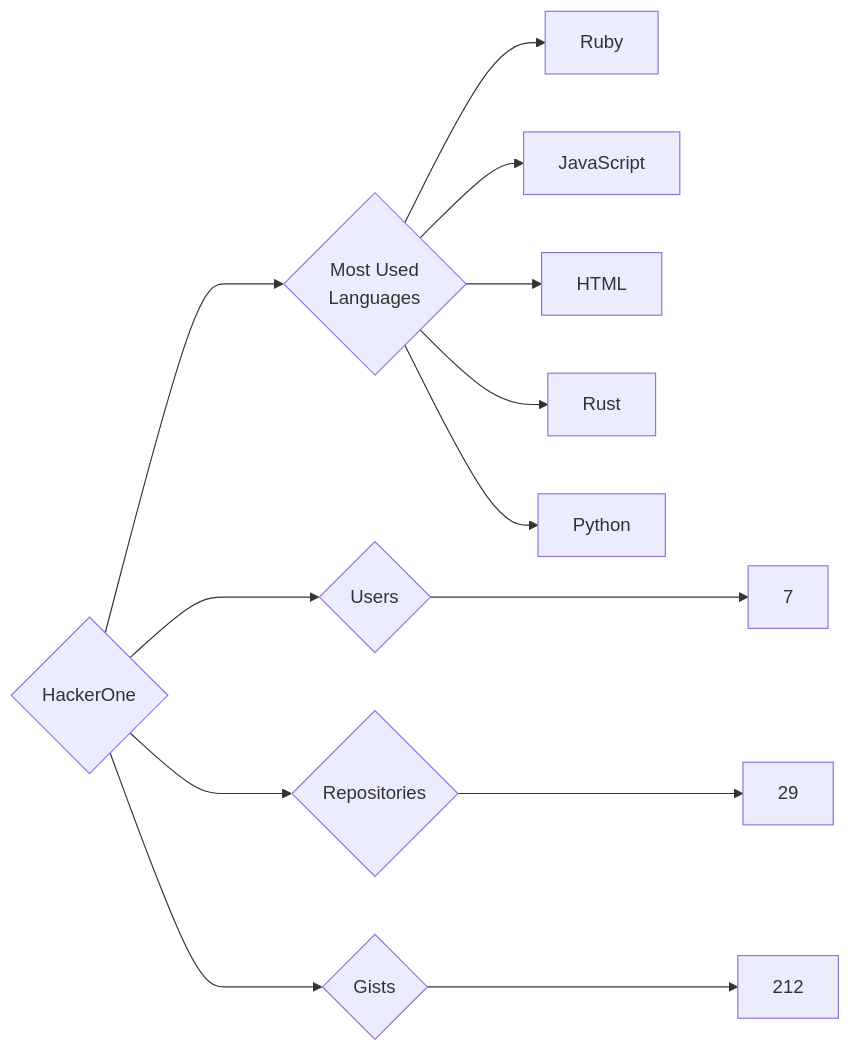
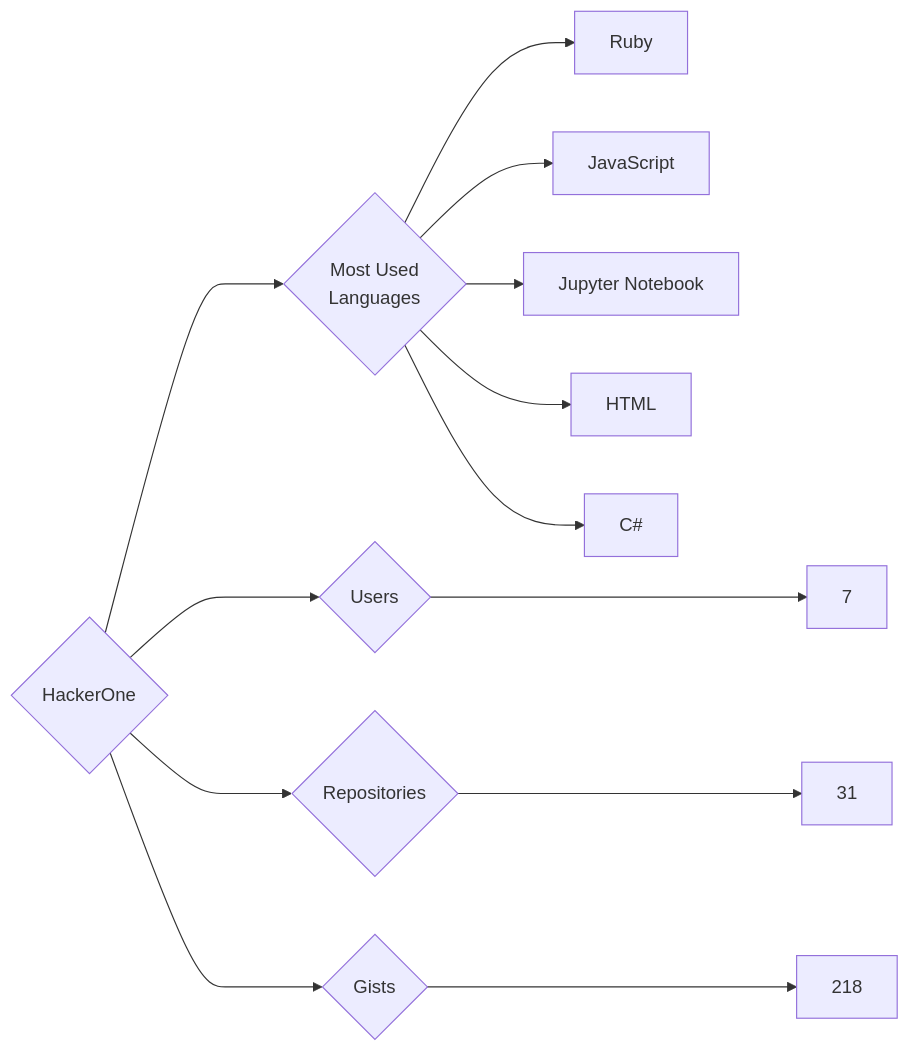
One commit to trickest/insiders changed the diagram in targets/HackerOne/README.md. Above: the diagram before and after it, drawn with Mermaid. The commit also changed 776 other files, not shown here.

````diff
--- a/targets/HackerOne/README.md
+++ b/targets/HackerOne/README.md
@@ -3,13 +3,13 @@
 ```mermaid
 graph LR
 COMPANY_NAME{HackerOne}
 COMPANY_NAME ---> U{Users} ---> UN[7]
-COMPANY_NAME ---> R{Repositories} ---> RN[29]
-COMPANY_NAME ---> G{Gists} ---> GN[212]
+COMPANY_NAME ---> R{Repositories} ---> RN[31]
+COMPANY_NAME ---> G{Gists} ---> GN[218]
 COMPANY_NAME ---> ML{Most Used<br>Languages}
 ML --> Ruby[Ruby]
 ML --> JavaScript[JavaScript]
+ML --> Jupyter_Notebook[Jupyter Notebook]
 ML --> HTML[HTML]
-ML --> Rust[Rust]
-ML --> Python[Python]
+ML --> C#[C#]
 ```
````
